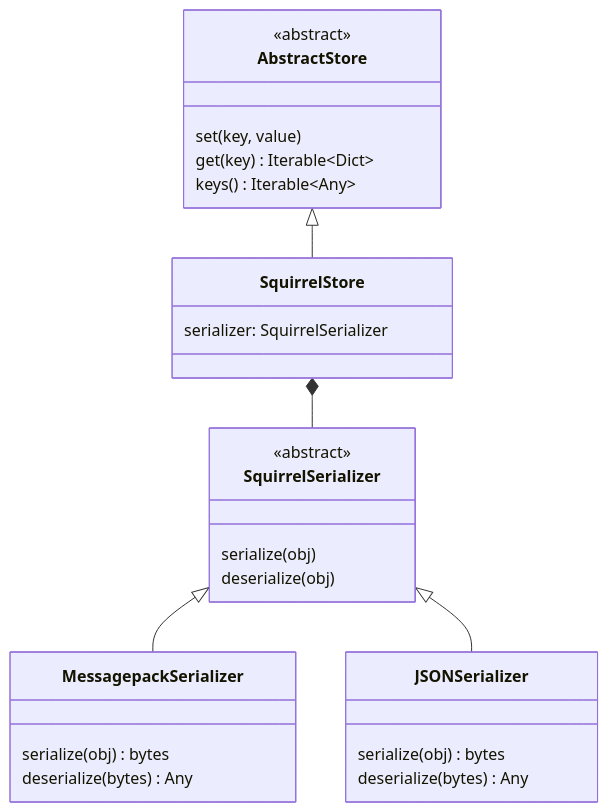
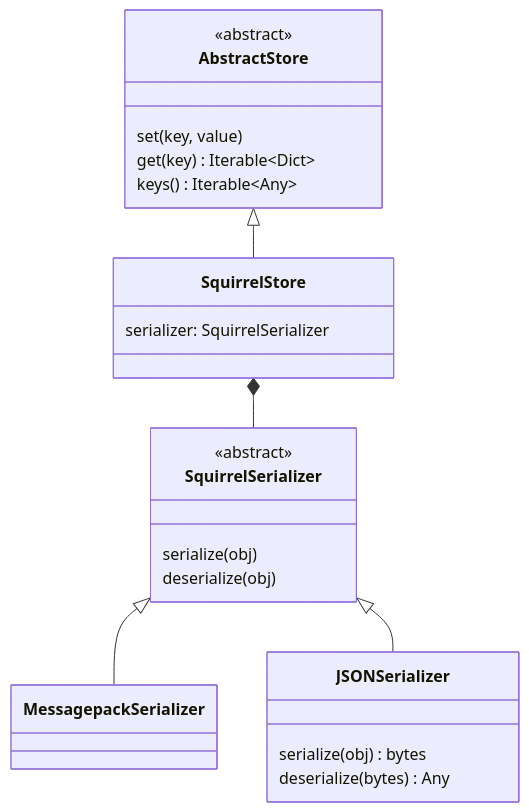
The diagram in docs/advanced/store.rst (merantix-momentum/squirrel-core), drawn with Mermaid before and after one commit.

```diff
--- a/docs/advanced/store.rst
+++ b/docs/advanced/store.rst
@@ -7,38 +7,36 @@
 .. mermaid::
 
     classDiagram
 
         AbstractStore <|-- SquirrelStore
         SquirrelStore *-- SquirrelSerializer
         SquirrelSerializer <|-- MessagepackSerializer
         SquirrelSerializer <|-- JSONSerializer
         <<abstract>> AbstractStore
         class AbstractStore {
 
             set(key, value)
             get(key) Iterable~Dict~
             keys() Iterable~Any~
         }
 
        class SquirrelStore {
            serializer: SquirrelSerializer
 
        }
         <<abstract>> SquirrelSerializer
        class SquirrelSerializer {
 
         serialize(obj)
         deserialize(obj)
        }
 
        class MessagepackSerializer {
 
-           serialize(obj) bytes
-           deserialize(bytes) Any
        }
 
        class JSONSerializer {
 
            serialize(obj) bytes
            deserialize(bytes) Any
        }
```
